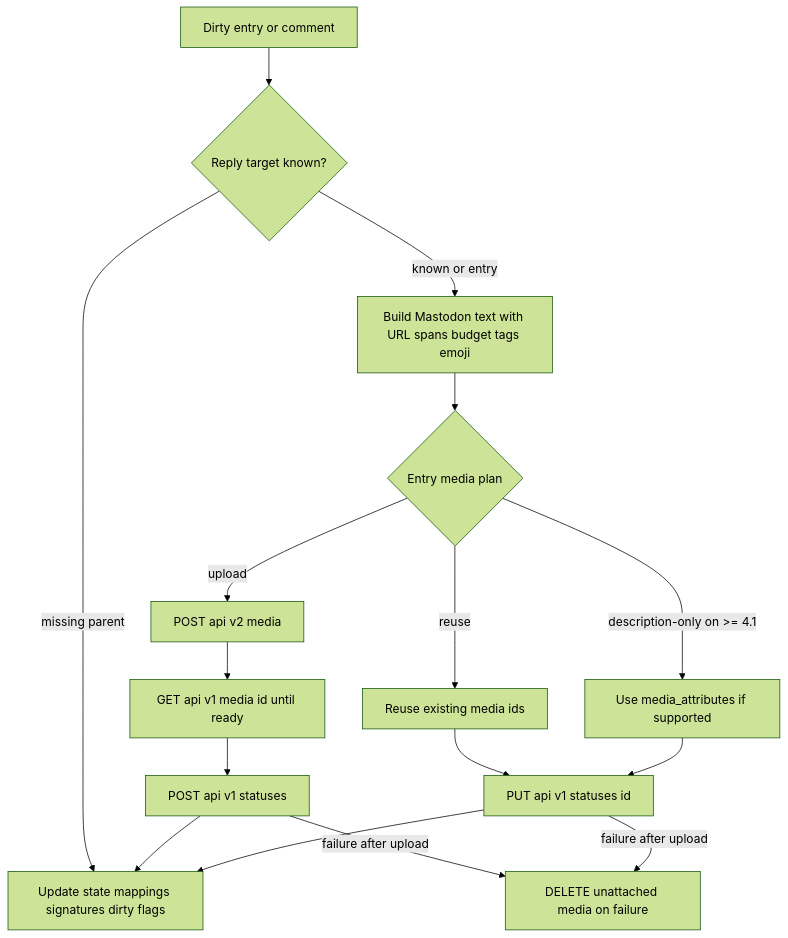
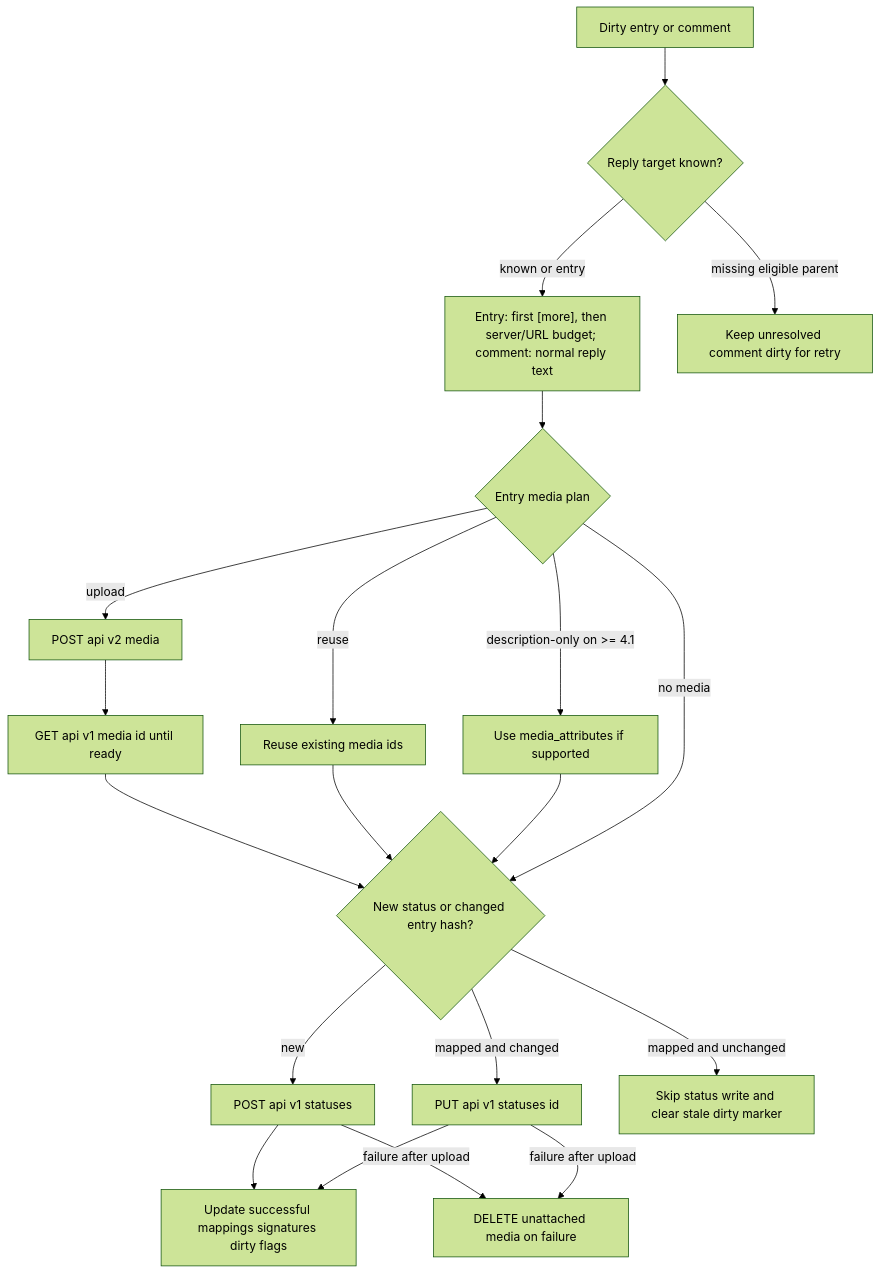
The sixth of 9 diagrams in fp-plugins/mastodon/developer-docs/01-Process-Map.md (flatpressblog/flatpress), drawn with Mermaid (forest theme) before and after one commit. The commit also changed other lines of this file and 11 other files, not shown here.

First line of the commit message:
Respect [more] when exporting entries to Mastodon

````diff
--- a/fp-plugins/mastodon/developer-docs/01-Process-Map.md
+++ b/fp-plugins/mastodon/developer-docs/01-Process-Map.md
@@ -228,30 +229,37 @@
 ```mermaid
 flowchart TD
     Dirty[Dirty entry or comment]
     Parent{Reply target known?}
-    Text[Build Mastodon text with URL spans budget tags emoji]
+    Text["Entry: first [more], then server/URL budget; comment: normal reply text"]
     MediaPlan{Entry media plan}
     Upload[POST api v2 media]
     Poll[GET api v1 media id until ready]
     Reuse[Reuse existing media ids]
     Attr[Use media_attributes if supported]
     Create[POST api v1 statuses]
     Update[PUT api v1 statuses id]
     Cleanup[DELETE unattached media on failure]
-    Mapping[Update state mappings signatures dirty flags]
+    Mapping[Update successful mappings signatures dirty flags]
+    Deferred[Keep unresolved comment dirty for retry]
+    WriteNeeded{New status or changed entry hash?}
+    Unchanged[Skip status write and clear stale dirty marker]
 
     Dirty --> Parent
-    Parent -- missing parent --> Mapping
+    Parent -- missing eligible parent --> Deferred
     Parent -- known or entry --> Text
     Text --> MediaPlan
     MediaPlan -- upload --> Upload --> Poll
     MediaPlan -- reuse --> Reuse
     MediaPlan -- description-only on >= 4.1 --> Attr
-    Poll --> Create
-    Reuse --> Update
-    Attr --> Update
+    Poll --> WriteNeeded
+    Reuse --> WriteNeeded
+    Attr --> WriteNeeded
+    MediaPlan -- no media --> WriteNeeded
+    WriteNeeded -- new --> Create
+    WriteNeeded -- mapped and changed --> Update
+    WriteNeeded -- mapped and unchanged --> Unchanged
     Create --> Mapping
     Update --> Mapping
     Create -- failure after upload --> Cleanup
     Update -- failure after upload --> Cleanup
 ```
````
